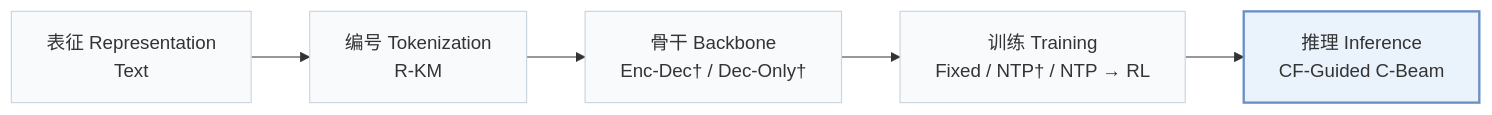
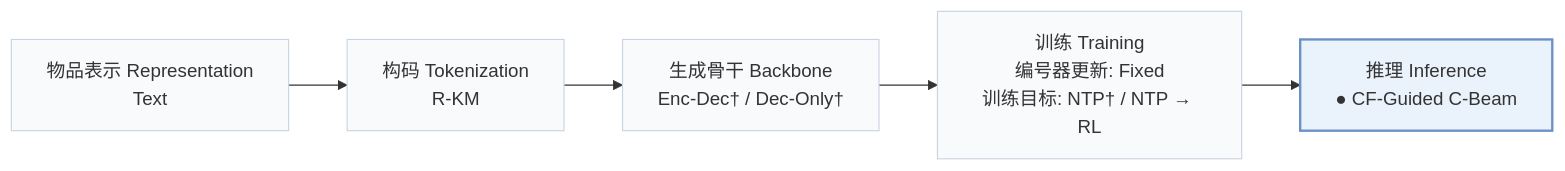
The first of 2 diagrams in pages/zh/papers/tcbsa.md (Galaxy-ghost/Awesome-SID-Generative-Rec), drawn with Mermaid before and after one commit. The commit also changed other lines of this file and 558 other files, not shown here.

````diff
--- a/pages/zh/papers/tcbsa.md
+++ b/pages/zh/papers/tcbsa.md
@@ -15,8 +18,8 @@
 ```mermaid
 flowchart LR
-    R["表征 Representation<br/>Text"] --> T["编号 Tokenization<br/>R-KM"] --> B["骨干 Backbone<br/>Enc-Dec† / Dec-Only†"] --> TR["训练 Training<br/>Fixed / NTP† / NTP → RL"] --> I["推理 Inference<br/>CF-Guided C-Beam"]
+    R["物品表示 Representation<br/>Text"] --> T["构码 Tokenization<br/>R-KM"] --> B["生成骨干 Backbone<br/>Enc-Dec† / Dec-Only†"] --> TR["训练 Training<br/>编号器更新: Fixed<br/>训练目标: NTP† / NTP → RL"] --> I["推理 Inference<br/>● CF-Guided C-Beam"]
     classDef base fill:#f8fafc,stroke:#cbd5e1
     class R,T,B,TR,I base
     classDef main fill:#eaf2fb,stroke:#6b8fc7,stroke-width:2px
     class I main
 ```
````
